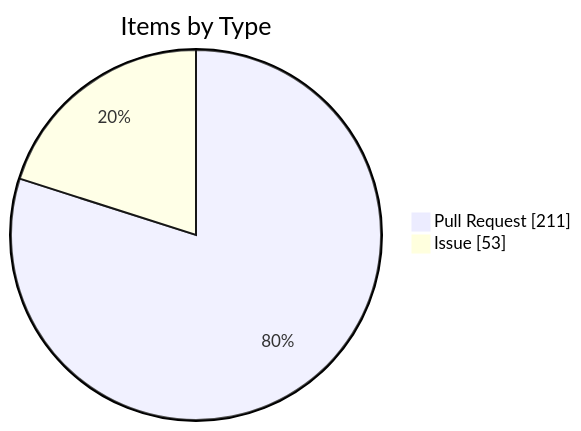
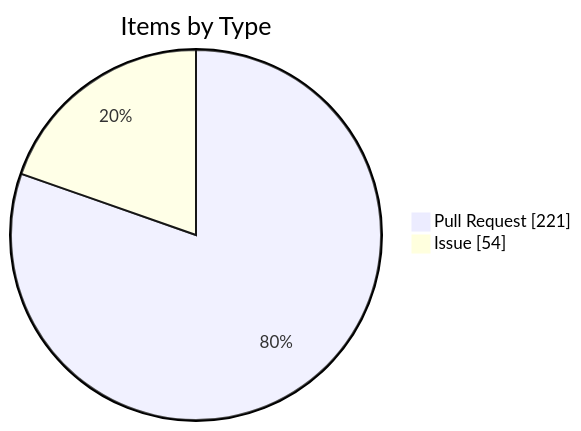
Before and after one commit to KBVE/kbve: the fourth of 4 diagrams in apps/kbve/astro-kbve/src/content/docs/dashboard/kanban-data.mdx, drawn with Mermaid. The commit also changed other lines of this file and 8 other files, not shown here.

````diff
--- a/apps/kbve/astro-kbve/src/content/docs/dashboard/kanban-data.mdx
+++ b/apps/kbve/astro-kbve/src/content/docs/dashboard/kanban-data.mdx
@@ -116,6 +116,6 @@
 ```mermaid
 pie showData
     title Items by Type
-    "Pull Request" : 211
-    "Issue" : 53
+    "Pull Request" : 221
+    "Issue" : 54
 ```
````
